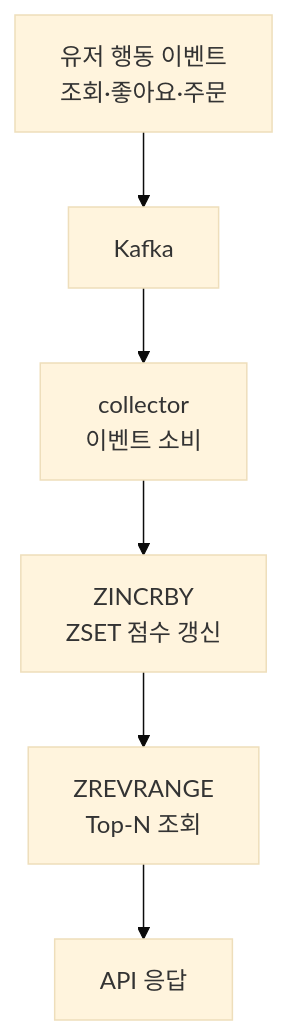
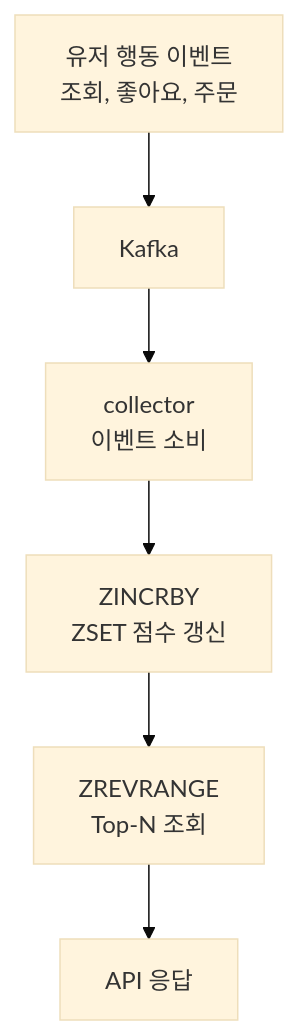
One commit to Hwasowl/every-dev changed the diagram in src/data/content/msg-redis-ranking.md. Above: the diagram before and after it, drawn with Mermaid (base theme). The commit also changed other lines of this file and 16 other files, not shown here.

````diff
--- a/src/data/content/msg-redis-ranking.md
+++ b/src/data/content/msg-redis-ranking.md
@@ -23,8 +23,8 @@
 ```mermaid
 flowchart TD
-    A["유저 행동 이벤트<br/>조회·좋아요·주문"] --> B["Kafka"]
+    A["유저 행동 이벤트<br/>조회, 좋아요, 주문"] --> B["Kafka"]
     B --> C["collector<br/>이벤트 소비"]
     C --> D["ZINCRBY<br/>ZSET 점수 갱신"]
     D --> E["ZREVRANGE<br/>Top-N 조회"]
     E --> F["API 응답"]
 ```
````
